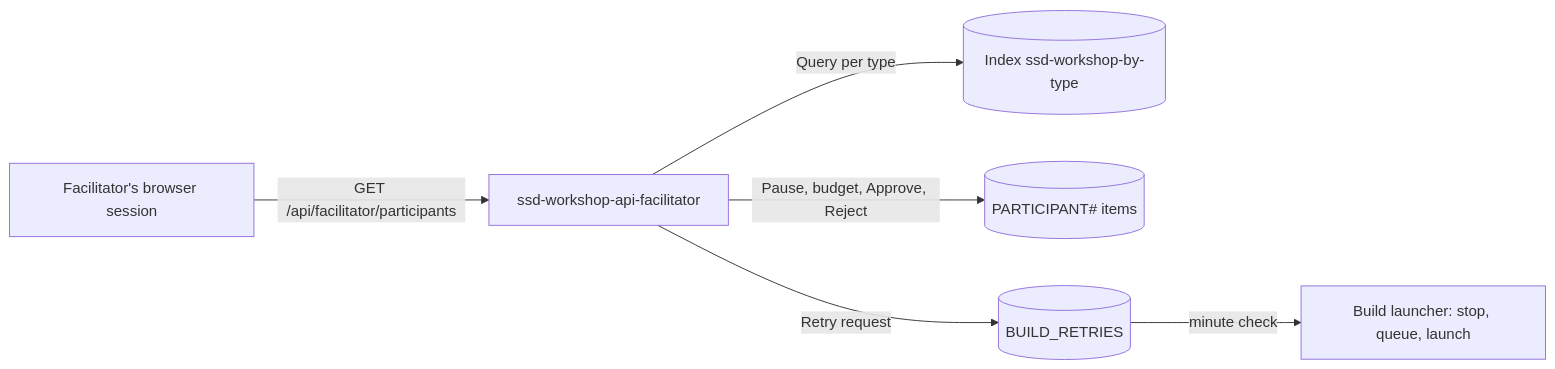
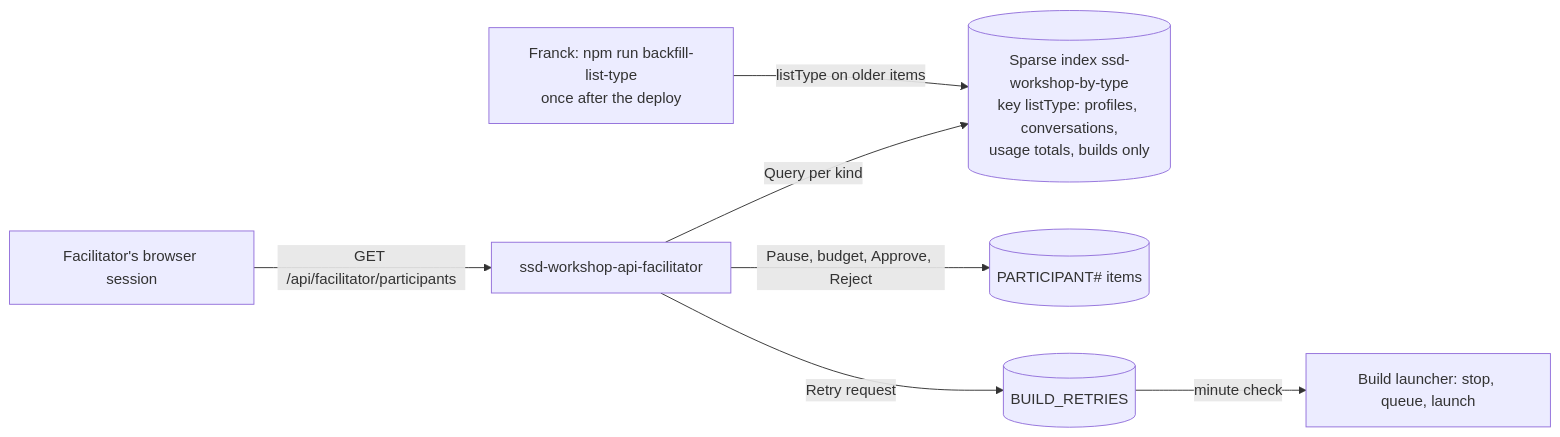
The seventh of 10 diagrams in infra/README.md (kifbv/ssd-workshop), drawn with Mermaid before and after one commit. The commit also changed other lines of this file and 25 other files, not shown here.

First line of the commit message:
Ticket 3.10 try 2: sparse dashboard index, participant-only targets, allow-list sync

````diff
--- a/infra/README.md
+++ b/infra/README.md
@@ -706,8 +706,9 @@
 ```mermaid
 flowchart LR
   fac[Facilitator's browser session] -->|GET /api/facilitator/participants| fn[ssd-workshop-api-facilitator]
-  fn -->|Query per type| idx[(Index ssd-workshop-by-type)]
+  fn -->|Query per kind| idx[(Sparse index ssd-workshop-by-type<br/>key listType: profiles, conversations,<br/>usage totals, builds only)]
+  franck[Franck: npm run backfill-list-type<br/>once after the deploy] -->|listType on older items| idx
   fn -->|Pause, budget, Approve, Reject| table[(PARTICIPANT# items)]
   fn -->|Retry request| retries[(BUILD_RETRIES)]
   retries -->|minute check| launcher[Build launcher: stop, queue, launch]
 ```
````
